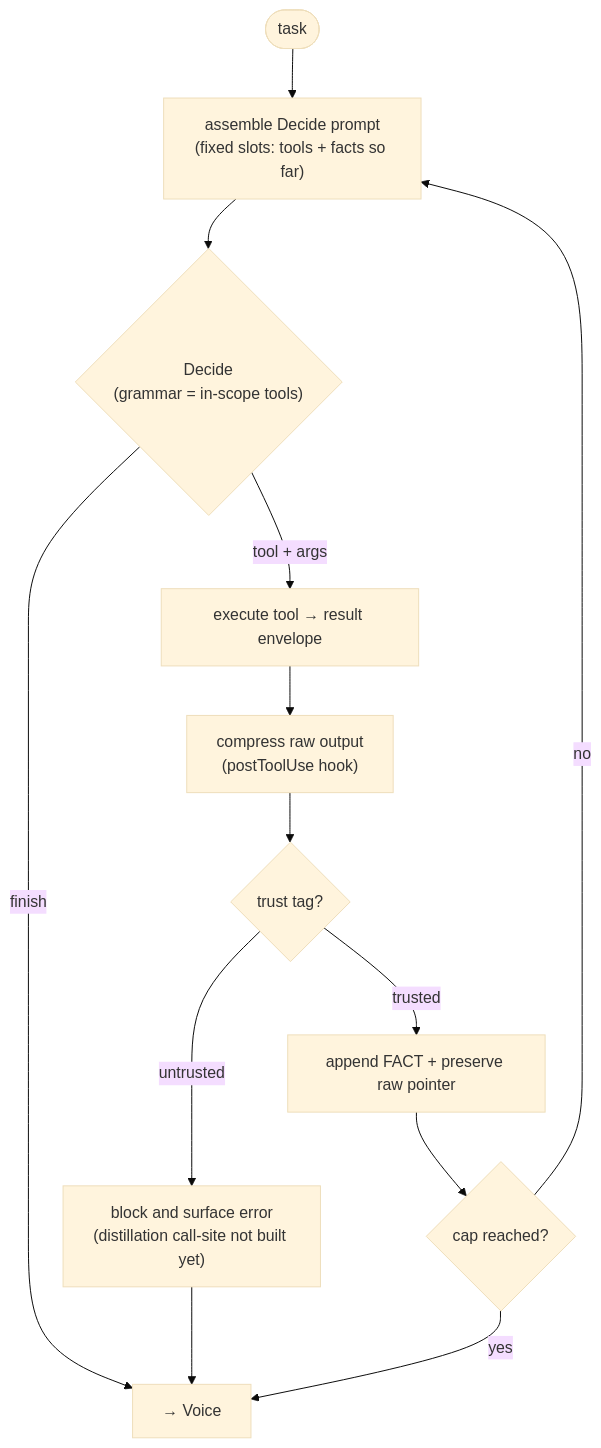
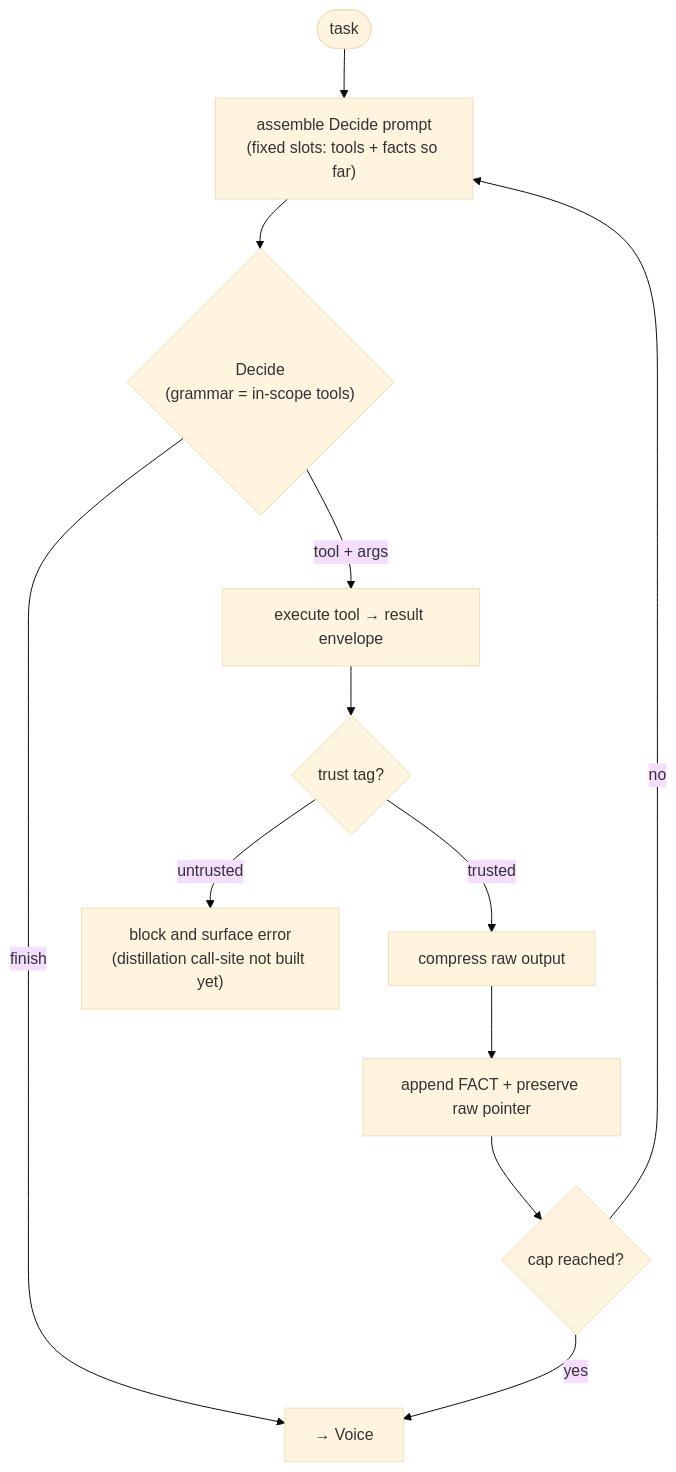
Before and after one commit to macro88/grugling: the fifth of 6 diagrams in docs/design/code-design.md, drawn with Mermaid (base theme). The commit also changed other lines of this file, not shown here.

Commit message:
docs: fix code-design drift

````diff
--- a/docs/design/code-design.md
+++ b/docs/design/code-design.md
@@ -449,15 +449,14 @@
 ```mermaid
 flowchart TD
   start([task]) --> assemble["assemble Decide prompt<br/>(fixed slots: tools + facts so far)"]
   assemble --> decide{"Decide<br/>(grammar = in-scope tools)"}
   decide -->|finish| voice["→ Voice"]
   decide -->|tool + args| exec["execute tool → result envelope"]
-  exec --> compress["compress raw output<br/>(postToolUse hook)"]
-  compress --> gate{trust tag?}
+  exec --> gate{trust tag?}
   gate -->|untrusted| block["block and surface error<br/>(distillation call-site not built yet)"]
-  gate -->|trusted| fact["append FACT + preserve raw pointer"]
-  block --> voice
+  gate -->|trusted| compress["compress raw output"]
+  compress --> fact["append FACT + preserve raw pointer"]
   fact --> cap{cap reached?}
   cap -->|no| assemble
   cap -->|yes| voice
 ```
````
